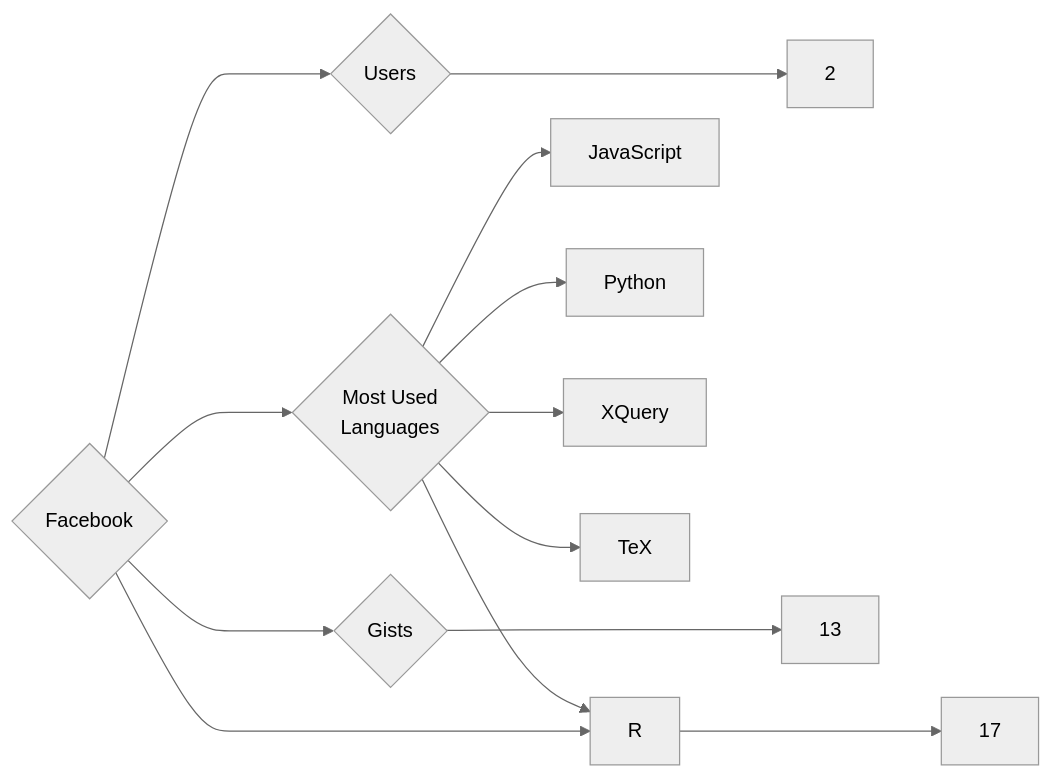
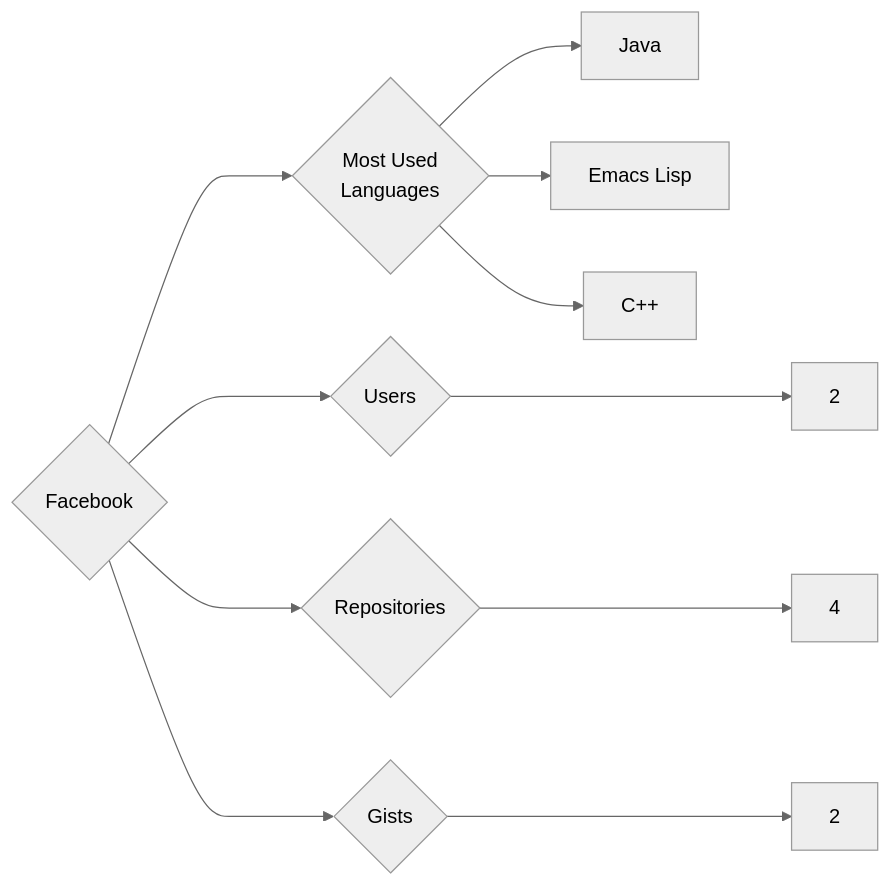
One commit to trickest/insiders changed the diagram in targets/Facebook/README.md. Above: the diagram before and after it, drawn with Mermaid (neutral theme). The commit also changed 1212 other files, not shown here.

````diff
--- a/targets/Facebook/README.md
+++ b/targets/Facebook/README.md
@@ -3,13 +3,11 @@
 ```mermaid
 graph LR
 COMPANY_NAME{Facebook}
 COMPANY_NAME ---> U{Users} ---> UN[2]
-COMPANY_NAME ---> R{Repositories} ---> RN[17]
-COMPANY_NAME ---> G{Gists} ---> GN[13]
+COMPANY_NAME ---> R{Repositories} ---> RN[4]
+COMPANY_NAME ---> G{Gists} ---> GN[2]
 COMPANY_NAME ---> ML{Most Used<br>Languages}
-ML --> JavaScript[JavaScript]
-ML --> Python[Python]
-ML --> XQuery[XQuery]
-ML --> TeX[TeX]
-ML --> R[R]
+ML --> Java[Java]
+ML --> Emacs_Lisp[Emacs Lisp]
+ML --> C++[C++]
 ```
````
